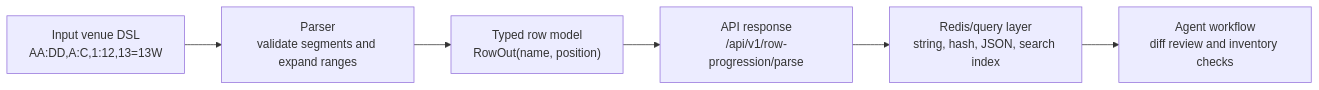
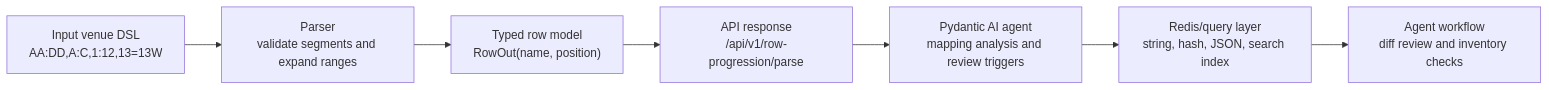
One commit to dillon-barendt/mapi changed the diagram in docs/ARCHITECTURE.md. Above: the diagram before and after it, drawn with Mermaid. The commit also changed other lines of this file and 21 other files, not shown here.

Commit message:
feat(mapi): add mapping analysis agent

````diff
--- a/docs/ARCHITECTURE.md
+++ b/docs/ARCHITECTURE.md
@@ -8,11 +12,12 @@
 ```mermaid
 flowchart LR
     A["Input venue DSL<br/>AA:DD,A:C,1:12,13=13W"]
     B["Parser<br/>validate segments and expand ranges"]
     C["Typed row model<br/>RowOut(name, position)"]
     D["API response<br/>/api/v1/row-progression/parse"]
-    E["Redis/query layer<br/>string, hash, JSON, search index"]
-    F["Agent workflow<br/>diff review and inventory checks"]
+    E["Pydantic AI agent<br/>mapping analysis and review triggers"]
+    F["Redis/query layer<br/>string, hash, JSON, search index"]
+    G["Agent workflow<br/>diff review and inventory checks"]
 
-    A --> B --> C --> D --> E --> F
+    A --> B --> C --> D --> E --> F --> G
 ```
````
